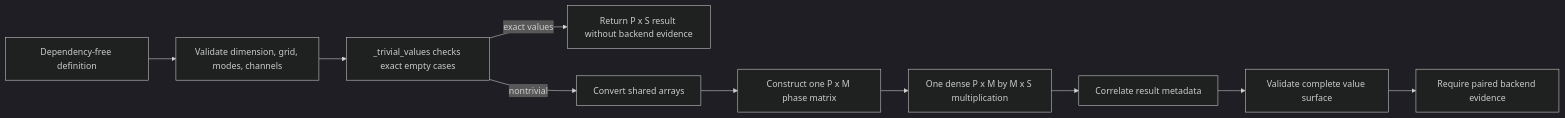
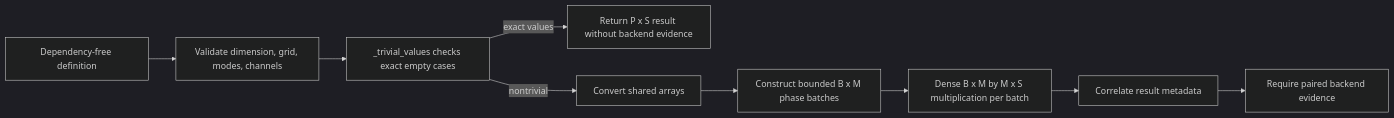
The first of 3 diagrams in docs/architecture/projectkoios/numerics/finite_periodic/batched_finite_series/schematics.md (eragasa/projectkoios-optimization), drawn with Mermaid (dark theme) before and after one commit. The commit also changed other lines of this file and 35 other files, not shown here.

Commit message:
Add bounded finite-periodic matrix transforms

````diff
--- a/docs/architecture/projectkoios/numerics/finite_periodic/batched_finite_series/schematics.md
+++ b/docs/architecture/projectkoios/numerics/finite_periodic/batched_finite_series/schematics.md
@@ -18,12 +19,11 @@
 ```mermaid
 flowchart LR
     D[Dependency-free definition] --> V[Validate dimension, grid, modes, channels]
     V --> E[_trivial_values checks exact empty cases]
     E -->|exact values| Z[Return P x S result without backend evidence]
     E -->|nontrivial| A[Convert shared arrays]
-    A --> P[Construct one P x M phase matrix]
-    P --> M[One dense P x M by M x S multiplication]
+    A --> P[Construct bounded B x M phase batches]
+    P --> M[Dense B x M by M x S multiplication per batch]
     M --> S[Correlate result metadata]
-    S --> R[Validate complete value surface]
-    R --> B[Require paired backend evidence]
+    S --> B[Require paired backend evidence]
 ```
````
